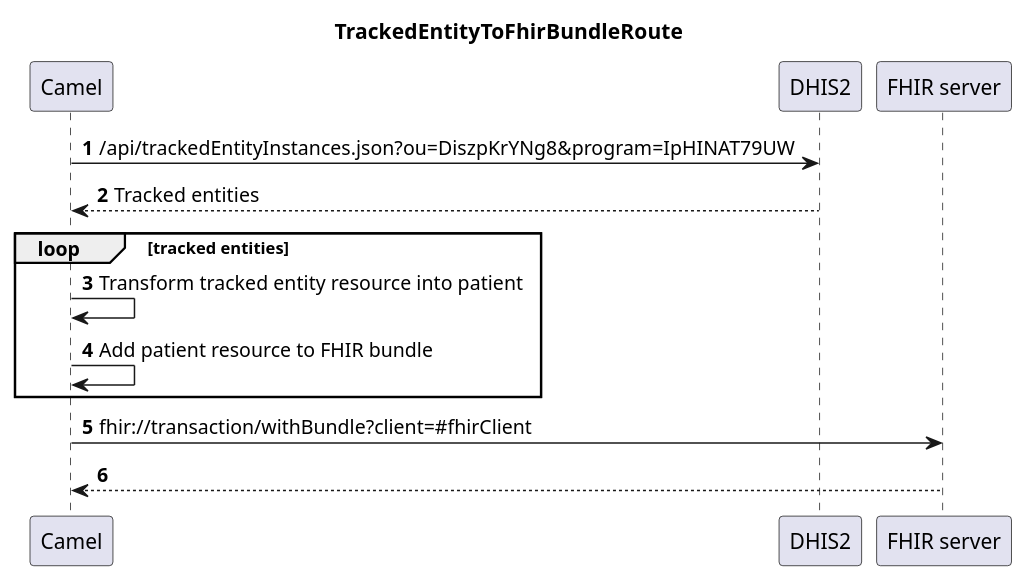
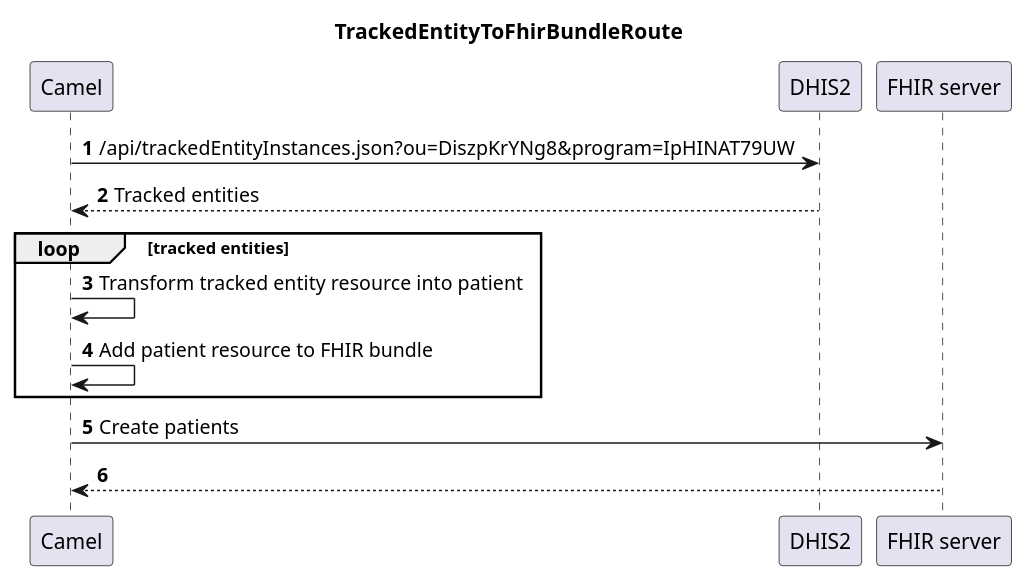
One commit to dhis2/integration-examples changed the second of 3 diagrams in dhis2-to-fhir-bundle/README.md. Above: the diagram before and after it, drawn with PlantUML. The commit also changed other lines of this file and 2 other files, not shown here.

````diff
--- a/dhis2-to-fhir-bundle/README.md
+++ b/dhis2-to-fhir-bundle/README.md
@@ -151,16 +150,16 @@
 ```plantuml
 @startuml
 
 title TrackedEntityToFhirBundleRoute
 autonumber
 
 Camel -> DHIS2 : /api/trackedEntityInstances.json?ou=DiszpKrYNg8&program=IpHINAT79UW
 Camel <-- DHIS2: Tracked entities
 loop tracked entities
   Camel -> Camel: Transform tracked entity resource into patient
   Camel -> Camel: Add patient resource to FHIR bundle
 end 
-Camel -> "FHIR server": fhir://transaction/withBundle?client=#fhirClient
+Camel -> "FHIR server": Create patients
 Camel <-- "FHIR server"
 @enduml
 ```
````
